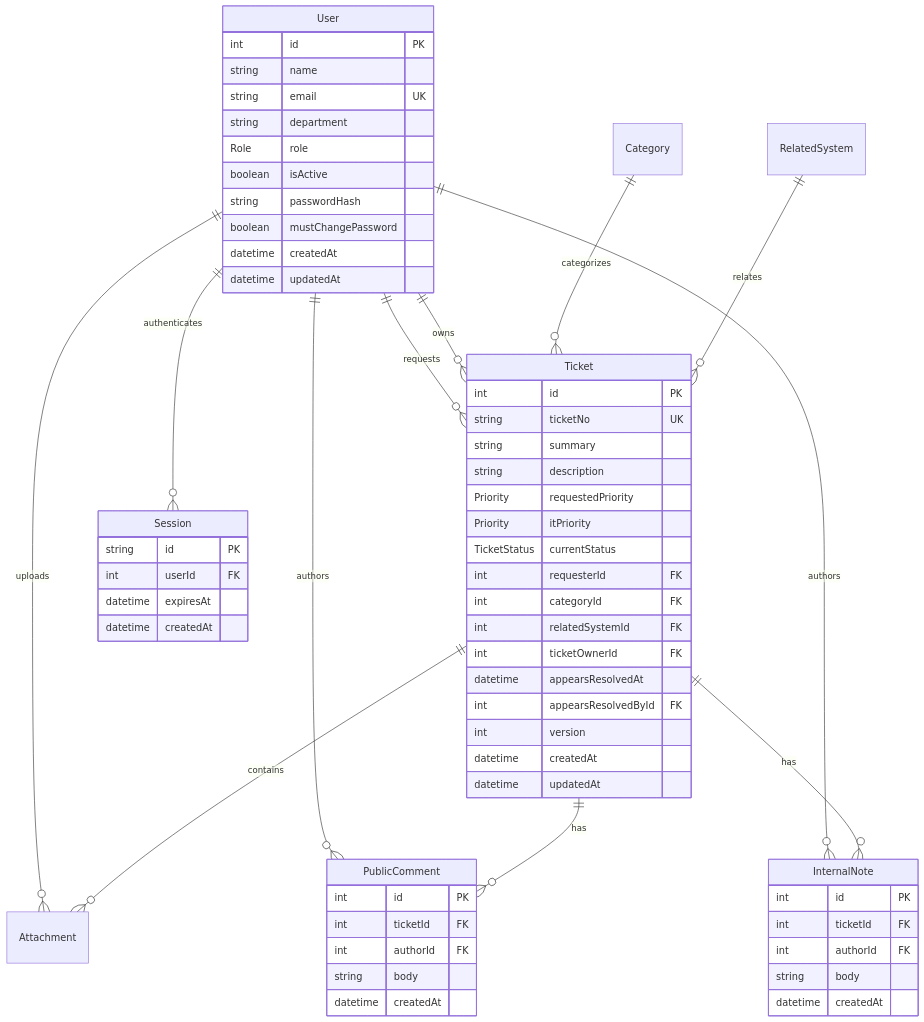
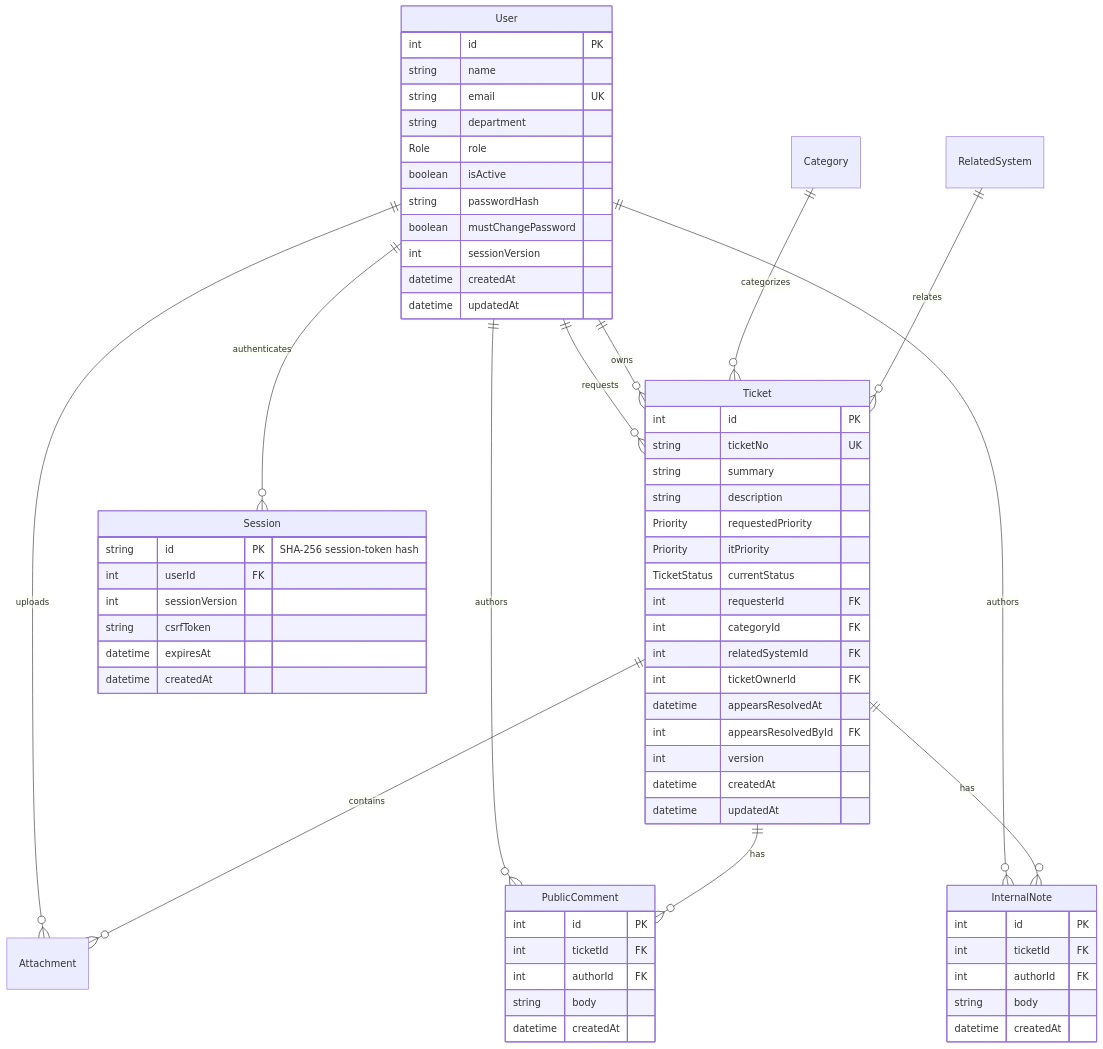
The diagram in docs/lab-03/specification.md (JinggXd/TokTickIT), drawn with Mermaid before and after one commit. The commit also changed other lines of this file and 9 other files, not shown here.

````diff
--- a/docs/lab-03/specification.md
+++ b/docs/lab-03/specification.md
@@ -173,69 +205,72 @@
 ```mermaid
 erDiagram
     User ||--o{ Ticket : "requests"
     User ||--o{ Ticket : "owns"
     User ||--o{ Attachment : "uploads"
     User ||--o{ PublicComment : "authors"
     User ||--o{ InternalNote : "authors"
     User ||--o{ Session : "authenticates"
     Category ||--o{ Ticket : "categorizes"
     RelatedSystem ||--o{ Ticket : "relates"
     Ticket ||--o{ Attachment : "contains"
     Ticket ||--o{ PublicComment : "has"
     Ticket ||--o{ InternalNote : "has"
 
     User {
         int id PK
         string name
         string email UK
         string department
         Role role
         boolean isActive
         string passwordHash
         boolean mustChangePassword
+        int sessionVersion
         datetime createdAt
         datetime updatedAt
     }
 
     Session {
-        string id PK
+        string id PK "SHA-256 session-token hash"
         int userId FK
+        int sessionVersion
+        string csrfToken
         datetime expiresAt
         datetime createdAt
     }
 
     Ticket {
         int id PK
         string ticketNo UK
         string summary
         string description
         Priority requestedPriority
         Priority itPriority
         TicketStatus currentStatus
         int requesterId FK
         int categoryId FK
         int relatedSystemId FK
         int ticketOwnerId FK
         datetime appearsResolvedAt
         int appearsResolvedById FK
         int version
         datetime createdAt
         datetime updatedAt
     }
 
     PublicComment {
         int id PK
         int ticketId FK
         int authorId FK
         string body
         datetime createdAt
     }
 
     InternalNote {
         int id PK
         int ticketId FK
         int authorId FK
         string body
         datetime createdAt
     }
 ```
````
